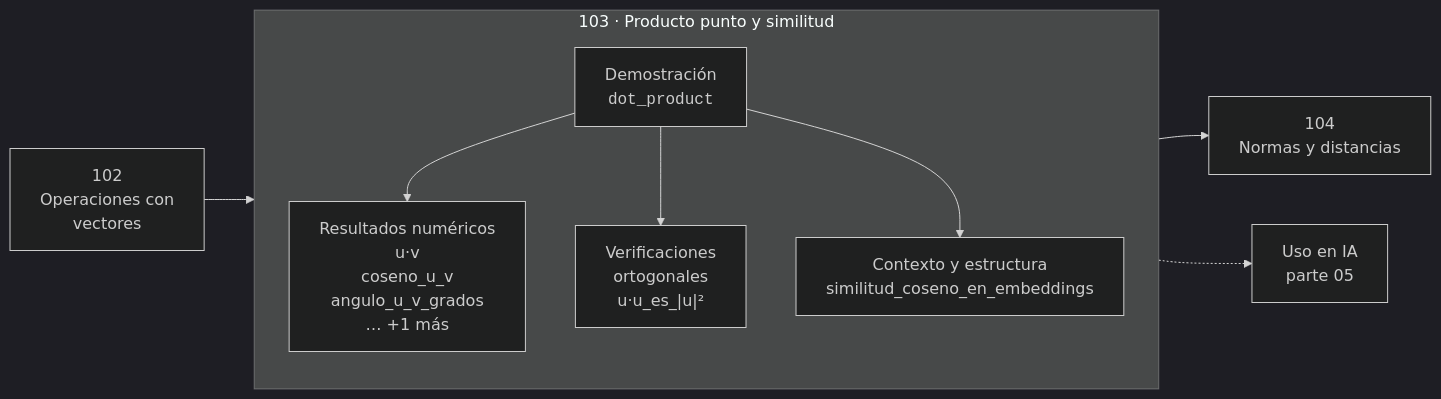
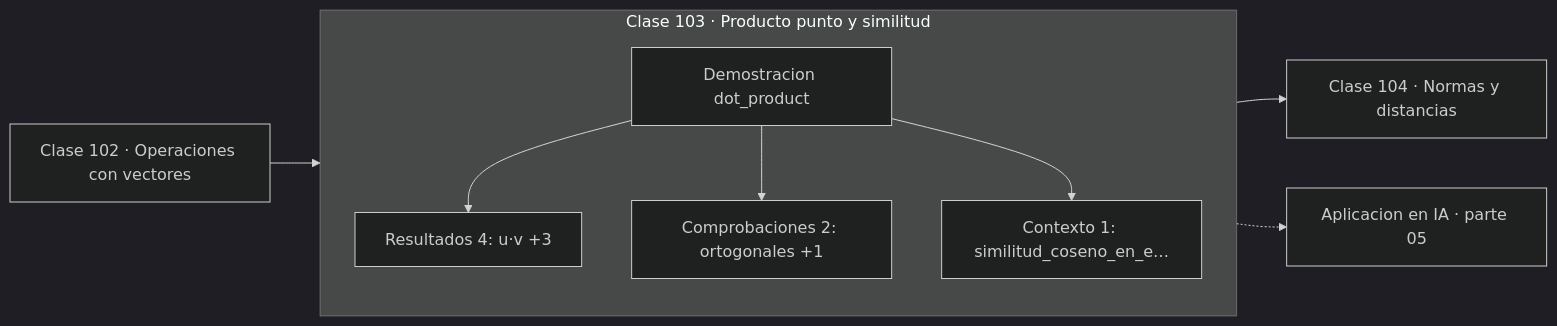
Before and after one commit to vladimiracunadev-create/computational-mathematics-program: the diagram in classes/part-05-algebra-lineal-i-vectores-y-matrices/103-producto-punto-y-similitud/README.md, drawn with Mermaid (dark theme). The commit also changed 389 other files, not shown here.

First line of the commit message:
fix(diagramas): elimina el HTML de las etiquetas Mermaid

````diff
--- a/classes/part-05-algebra-lineal-i-vectores-y-matrices/103-producto-punto-y-similitud/README.md
+++ b/classes/part-05-algebra-lineal-i-vectores-y-matrices/103-producto-punto-y-similitud/README.md
@@ -30,12 +30,13 @@
 ```mermaid
 flowchart LR
-    P["102<br/>Operaciones con<br/>vectores"] --> C
-    subgraph C["103 · Producto punto y similitud"]
+    P["Clase 102 · Operaciones con vectores"] --> D
+    subgraph CLASE["Clase 103 · Producto punto y similitud"]
         direction TB
-        D["Demostración<br/><code>dot_product</code>"] --> R["Resultados numéricos<br/>u·v<br/>coseno_u_v<br/>angulo_u_v_grados<br/>… +1 más"]
-        D --> V["Verificaciones<br/>ortogonales<br/>u·u_es_|u|²"]
-        D --> O["Contexto y estructura<br/>similitud_coseno_en_embeddings"]
+        D["Demostracion dot_product"]
+        D --> R["Resultados 4: u·v +3"]
+        D --> V["Comprobaciones 2: ortogonales +1"]
+        D --> O["Contexto 1: similitud_coseno_en_e…"]
     end
-    C --> N["104<br/>Normas y distancias"]
-    C -.-> IA["Uso en IA<br/>parte 05"]
+    R --> N["Clase 104 · Normas y distancias"]
+    V -.-> IA["Aplicacion en IA · parte 05"]
 ```
````
